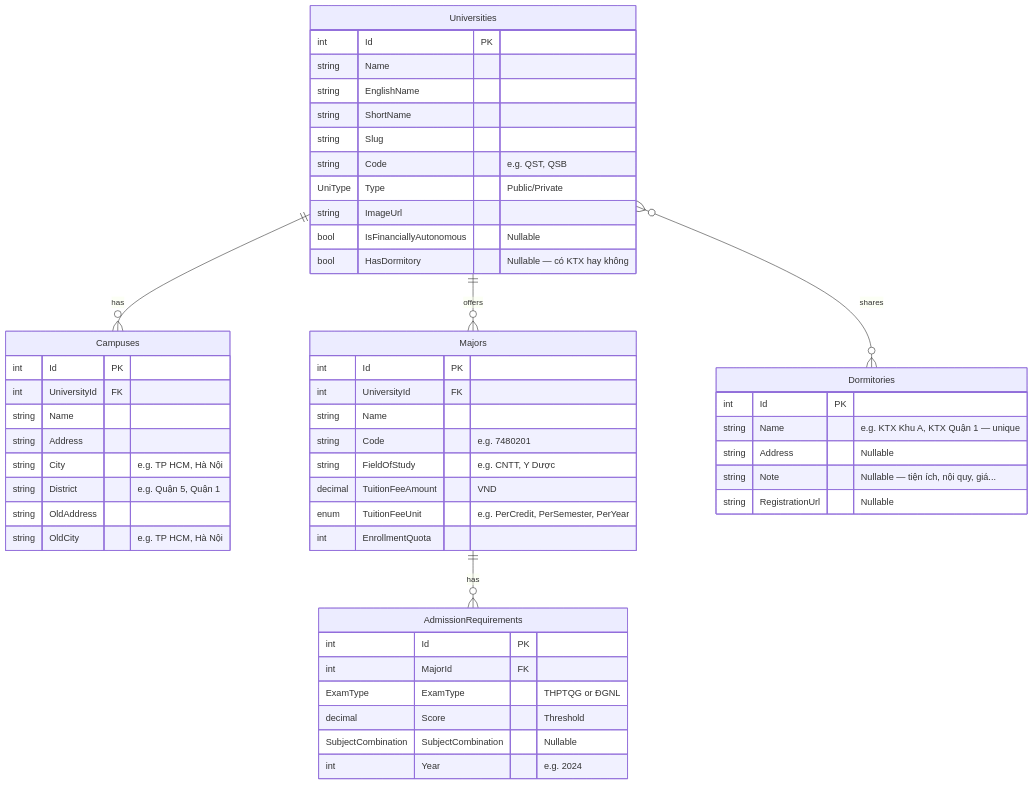
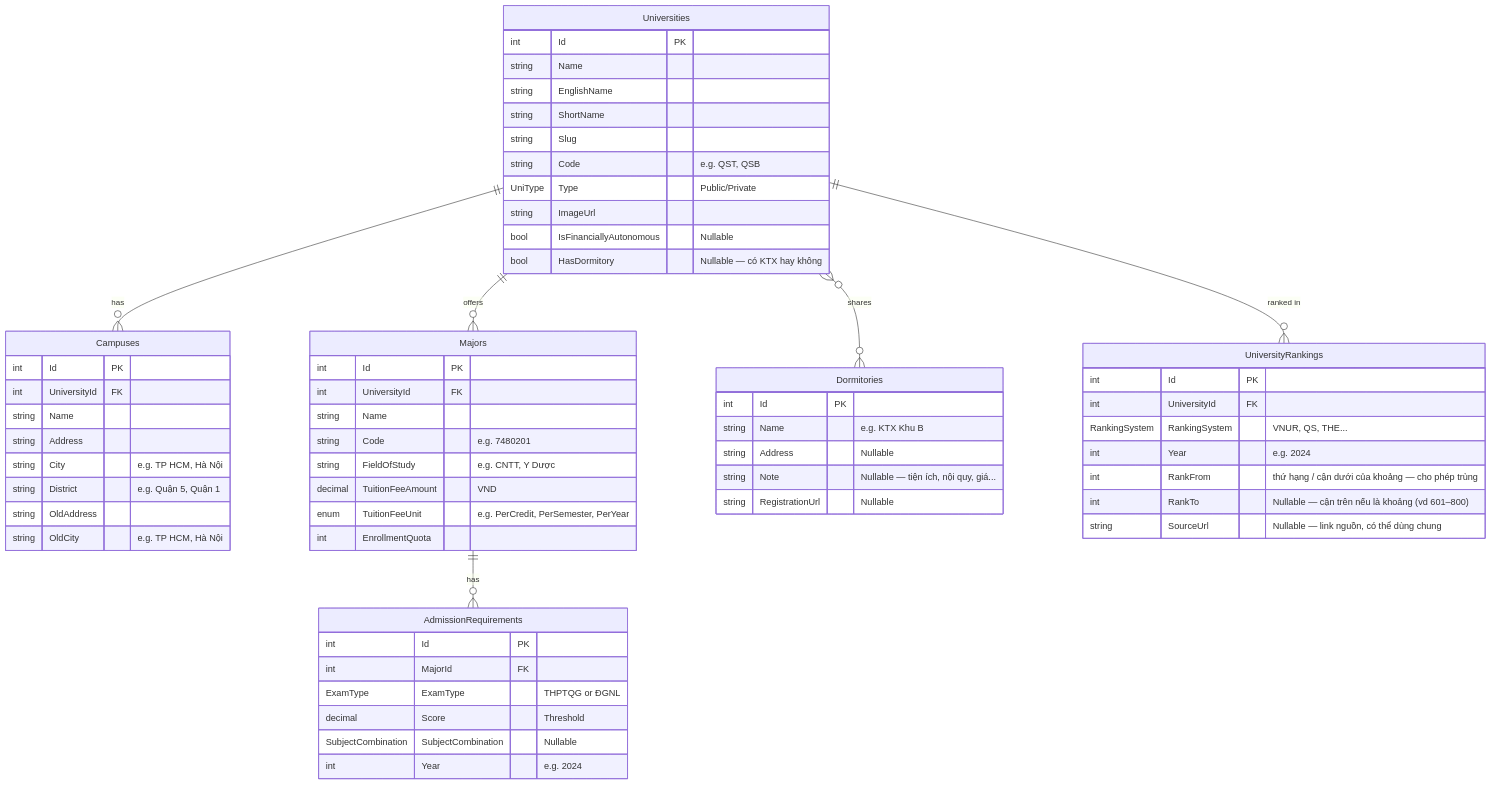
One commit to longhuynhdev/TimTruong changed the diagram in docs/ER-model.md. Above: the diagram before and after it, drawn with Mermaid. The commit also changed 13 other files, not shown here.

Commit message:
feat(server): add university rankings (VNUR/QS...) as yearly 1:N table

````diff
--- a/docs/ER-model.md
+++ b/docs/ER-model.md
@@ -1,59 +1,70 @@
 ```mermaid
 erDiagram
     Universities ||--o{ Campuses : "has"
     Universities ||--o{ Majors : "offers"
     Universities }o--o{ Dormitories : "shares"
+    Universities ||--o{ UniversityRankings : "ranked in"
     Majors ||--o{ AdmissionRequirements : "has"
 
     Universities {
         int Id PK
         string Name
         string EnglishName
         string ShortName
         string Slug
         string Code "e.g. QST, QSB"
         UniType Type "Public/Private"
         string ImageUrl
         bool IsFinanciallyAutonomous "Nullable"
         bool HasDormitory "Nullable — có KTX hay không"
     }
 
     Dormitories {
         int Id PK
-        string Name "e.g. KTX Khu A, KTX Quận 1 — unique"
+        string Name "e.g. KTX Khu B"
         string Address "Nullable"
         string Note "Nullable — tiện ích, nội quy, giá..."
         string RegistrationUrl "Nullable"
     }
 
     Campuses {
         int Id PK
         int UniversityId FK
         string Name
         string Address
         string City "e.g. TP HCM, Hà Nội"
         string District "e.g. Quận 5, Quận 1"
         string OldAddress
         string OldCity "e.g. TP HCM, Hà Nội"
     }
 
     Majors {
         int Id PK
         int UniversityId FK
         string Name
         string Code "e.g. 7480201"
         string FieldOfStudy "e.g. CNTT, Y Dược"
         decimal TuitionFeeAmount "VND"
         enum TuitionFeeUnit "e.g. PerCredit, PerSemester, PerYear"
         int EnrollmentQuota
     }
 
     AdmissionRequirements {
         int Id PK
         int MajorId FK
         ExamType ExamType "THPTQG or ĐGNL"
         decimal Score "Threshold"
         SubjectCombination SubjectCombination "Nullable"
         int Year "e.g. 2024"
     }
+
+    UniversityRankings {
+        int Id PK
+        int UniversityId FK
+        RankingSystem RankingSystem "VNUR, QS, THE..."
+        int Year "e.g. 2024"
+        int RankFrom "thứ hạng / cận dưới của khoảng — cho phép trùng"
+        int RankTo "Nullable — cận trên nếu là khoảng (vd 601–800)"
+        string SourceUrl "Nullable — link nguồn, có thể dùng chung"
+    }
 ```    
````
